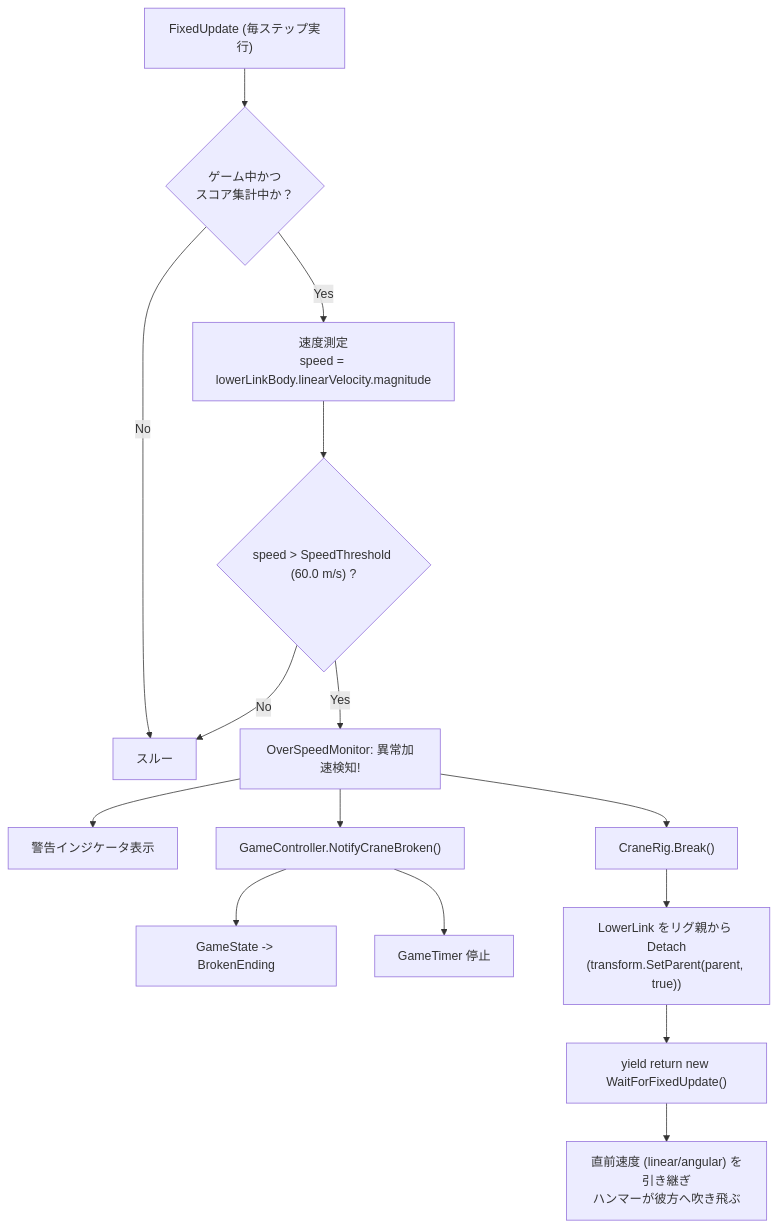
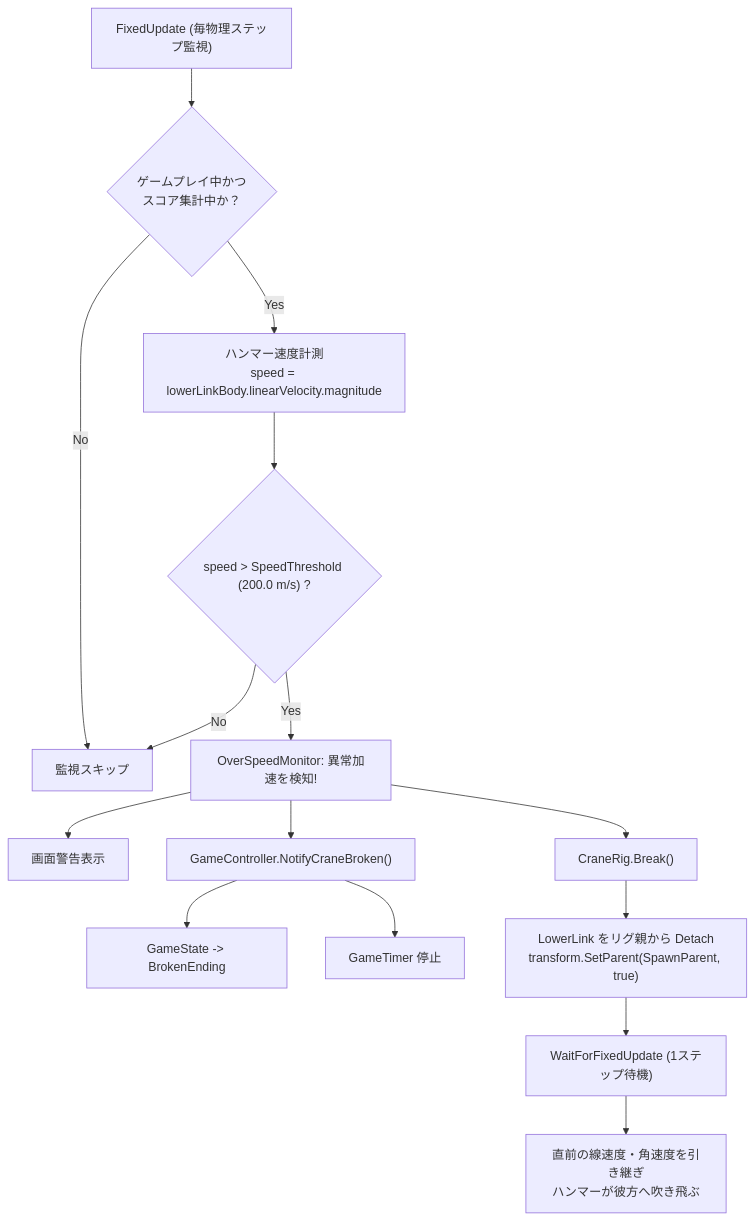
One commit to aptmara/Crane-Public changed the seventh of 8 diagrams in README.md. Above: the diagram before and after it, drawn with Mermaid. The commit also changed other lines of this file and 7 other files, not shown here.

````diff
--- a/README.md
+++ b/README.md
@@ -306,19 +408,19 @@
 ```mermaid
 flowchart TD
-    FixedUpdate["FixedUpdate (毎ステップ実行)"] --> CheckActive{"ゲーム中かつ<br/>スコア集計中か？"}
-    CheckActive -- No --> End[スルー]
-    CheckActive -- Yes --> Measure["速度測定<br/>speed = lowerLinkBody.linearVelocity.magnitude"]
-    Measure --> CheckSpeed{"speed > SpeedThreshold (60.0 m/s) ?"}
-    CheckSpeed -- No --> End
-    CheckSpeed -- Yes --> Trigger["OverSpeedMonitor: 異常加速検知!"]
+    FixedUpdate["FixedUpdate (毎物理ステップ監視)"] --> CheckState{"ゲームプレイ中かつ<br/>スコア集計中か？"}
+    CheckState -- No --> End[監視スキップ]
+    CheckState -- Yes --> Measure["ハンマー速度計測<br/>speed = lowerLinkBody.linearVelocity.magnitude"]
+    Measure --> CheckThreshold{"speed > SpeedThreshold (200.0 m/s) ?"}
+    CheckThreshold -- No --> End
+    CheckThreshold -- Yes --> Trigger["OverSpeedMonitor: 異常加速を検知!"]
     
-    Trigger --> UI_Warn["警告インジケータ表示"]
+    Trigger --> UI_Alert["画面警告表示"]
     Trigger --> GC_Notify["GameController.NotifyCraneBroken()"]
-    GC_Notify --> StateChange["GameState -> BrokenEnding"]
-    GC_Notify --> StopTimer["GameTimer 停止"]
+    GC_Notify --> State_Broken["GameState -> BrokenEnding"]
+    GC_Notify --> Timer_Stop["GameTimer 停止"]
     
-    Trigger --> RigBreak["CraneRig.Break()"]
-    RigBreak --> Detach["LowerLink をリグ親から Detach<br/>(transform.SetParent(parent, true))"]
-    Detach --> WaitFixed["yield return new WaitForFixedUpdate()"]
-    WaitFixed --> InheritVel["直前速度 (linear/angular) を引き継ぎ<br/>ハンマーが彼方へ吹き飛ぶ"]
+    Trigger --> Rig_Break["CraneRig.Break()"]
+    Rig_Break --> Rig_Detach["LowerLink をリグ親から Detach<br/>transform.SetParent(SpawnParent, true)"]
+    Rig_Detach --> Wait_Step["WaitForFixedUpdate (1ステップ待機)"]
+    Wait_Step --> Velocity_Inherit["直前の線速度・角速度を引き継ぎ<br/>ハンマーが彼方へ吹き飛ぶ"]
 ```
````
